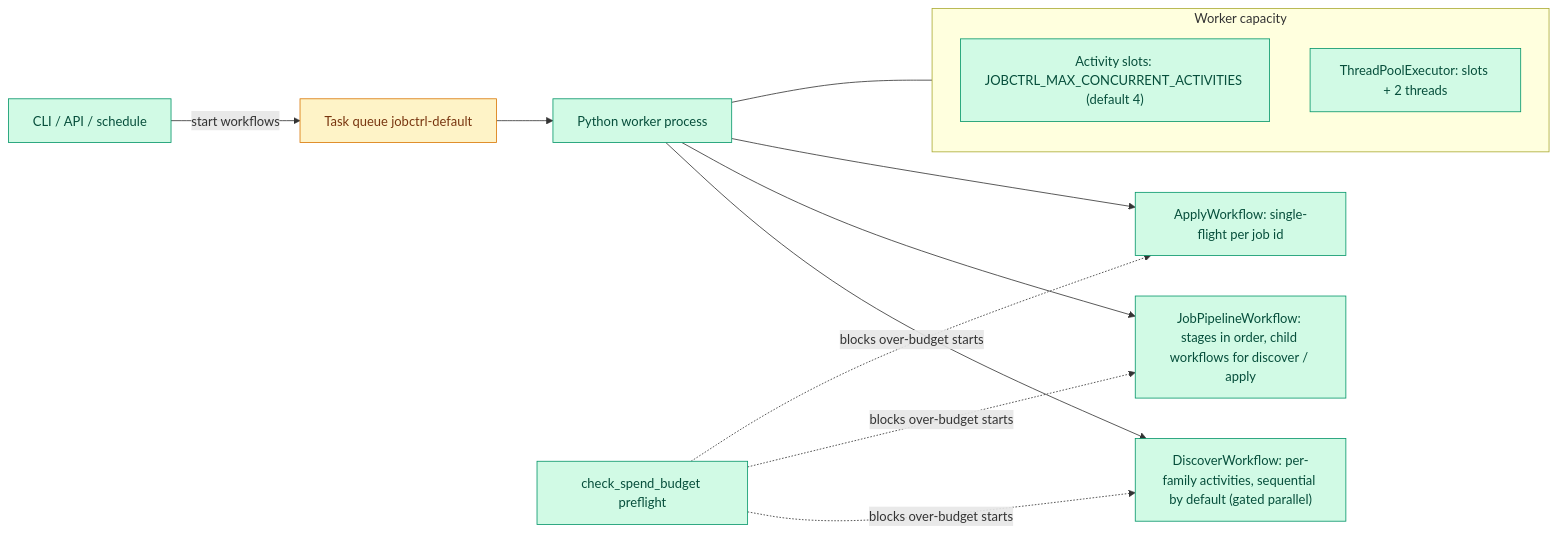
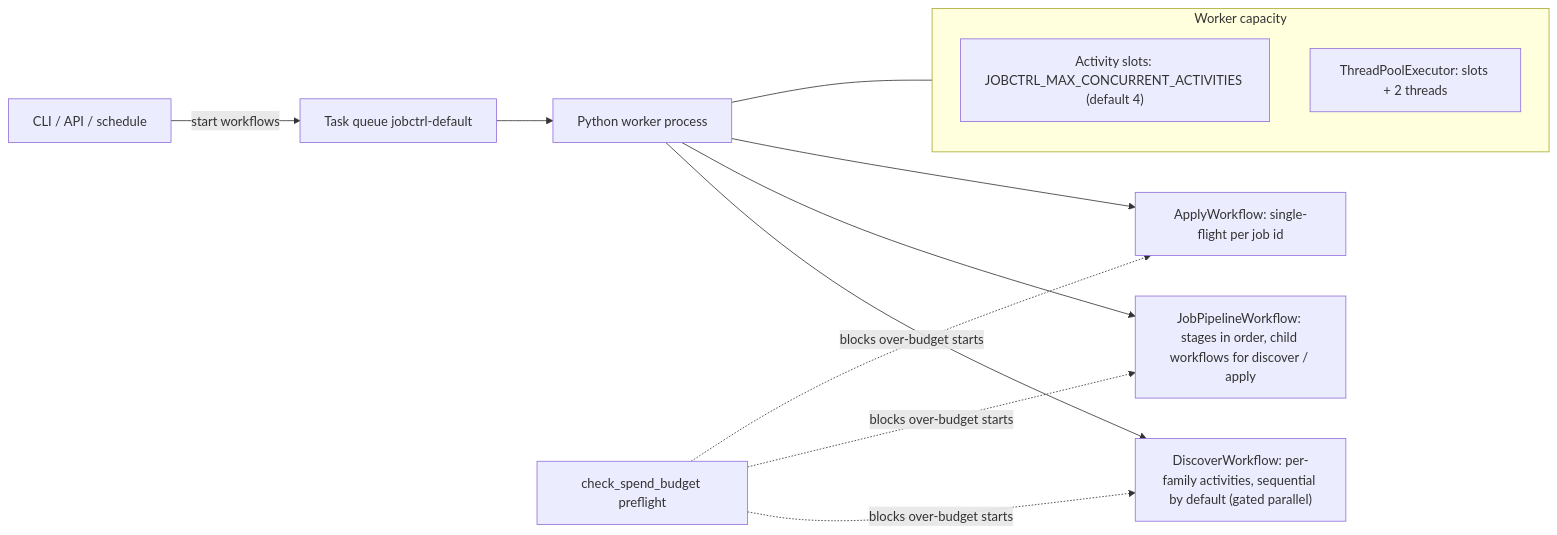
One commit to ebarti/JobCtrl changed the diagram in docs/architecture/pipeline/concurrency.md. Above: the diagram before and after it, drawn with Mermaid. The commit also changed 46 other files, not shown here.

````diff
--- a/docs/architecture/pipeline/concurrency.md
+++ b/docs/architecture/pipeline/concurrency.md
@@ -11,19 +11,17 @@
 ```mermaid
 flowchart LR
     CLI["CLI / API / schedule"] -->|start workflows| TQ["Task queue jobctrl-default"]
     TQ --> W["Python worker process"]
     subgraph W2["Worker capacity"]
         SLOTS["Activity slots: JOBCTRL_MAX_CONCURRENT_ACTIVITIES (default 4)"]
         EXEC["ThreadPoolExecutor: slots + 2 threads"]
     end
     W --- W2
     W --> D["DiscoverWorkflow: per-family activities, sequential by default (gated parallel)"]
     W --> P["JobPipelineWorkflow: stages in order, child workflows for discover / apply"]
     W --> A["ApplyWorkflow: single-flight per job id"]
     BUDGET["check_spend_budget preflight"] -.->|blocks over-budget starts| D & P & A
 
-    classDef py fill:#d1fae5,stroke:#059669,color:#064e3b
-    classDef infra fill:#fef3c7,stroke:#d97706,color:#78350f
     class CLI,W,SLOTS,EXEC,D,P,A,BUDGET py
     class TQ infra
 ```
````
